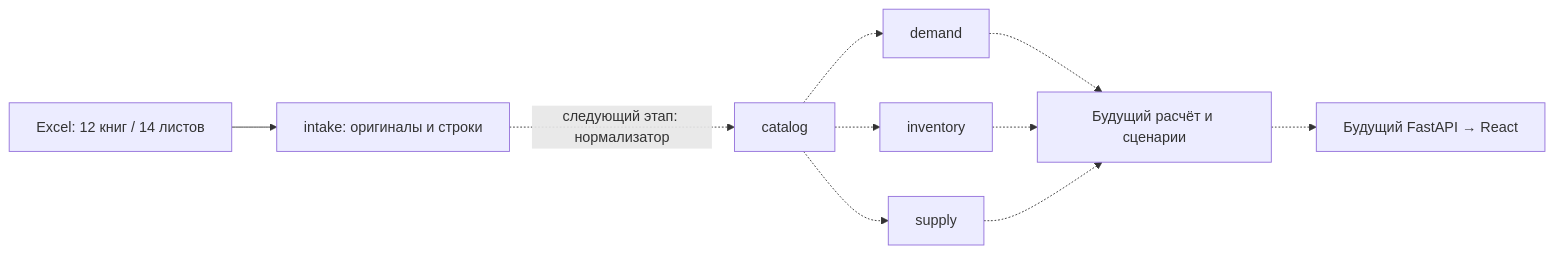
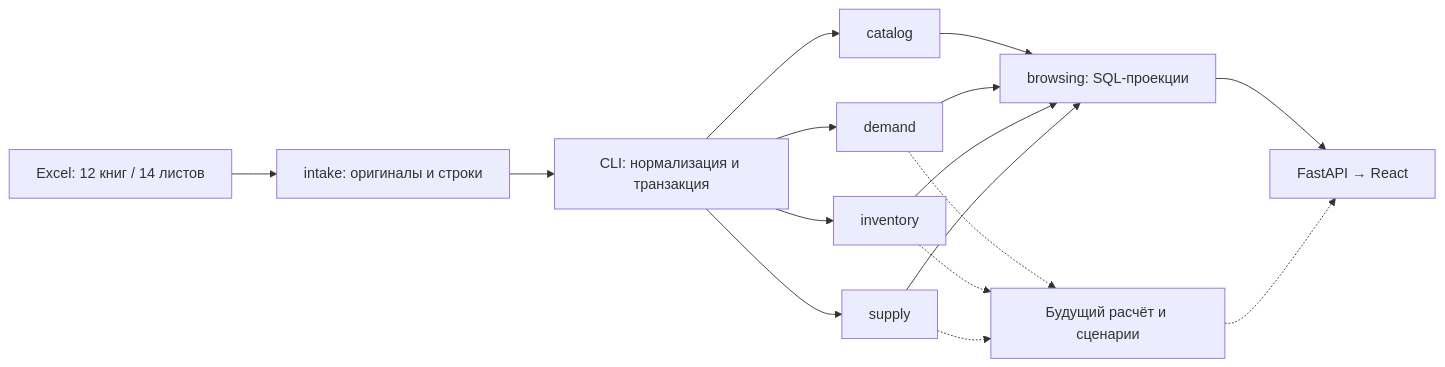
The diagram in backend/ARCHITECTURE.md (BAITC-Hacks/hack-f5ec9a3e-codex-make-no-mistakes), drawn with Mermaid before and after one commit. The commit also changed other lines of this file and 39 other files, not shown here.

````diff
--- a/backend/ARCHITECTURE.md
+++ b/backend/ARCHITECTURE.md
@@ -17,12 +20,18 @@
 ```mermaid
 flowchart LR
     Excel[Excel: 12 книг / 14 листов] --> Intake[intake: оригиналы и строки]
-    Intake -. следующий этап: нормализатор .-> Catalog[catalog]
-    Catalog -.-> Demand[demand]
-    Catalog -.-> Inventory[inventory]
-    Catalog -.-> Supply[supply]
+    Intake --> CLI[CLI: нормализация и транзакция]
+    CLI --> Catalog[catalog]
+    CLI --> Demand[demand]
+    CLI --> Inventory[inventory]
+    CLI --> Supply[supply]
     Demand -.-> Calculation[Будущий расчёт и сценарии]
     Inventory -.-> Calculation
     Supply -.-> Calculation
-    Calculation -.-> API[Будущий FastAPI → React]
+    Catalog --> Browsing[browsing: SQL-проекции]
+    Demand --> Browsing
+    Inventory --> Browsing
+    Supply --> Browsing
+    Browsing --> API[FastAPI → React]
+    Calculation -.-> API
 ```
````
